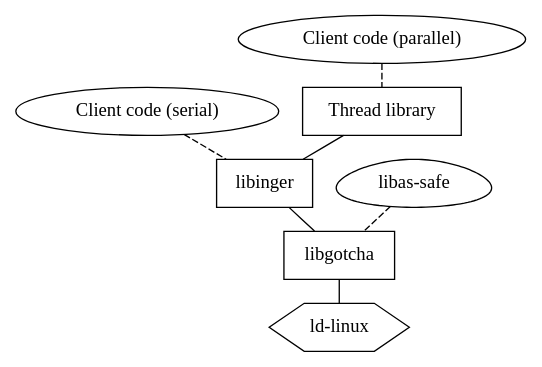
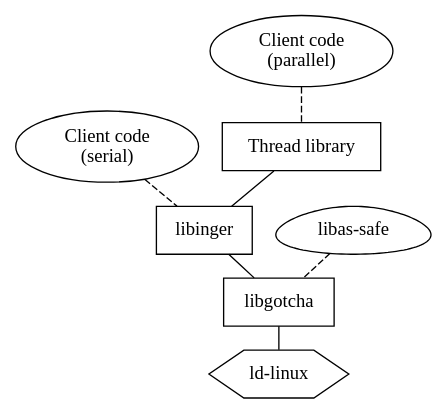
Before and after one commit to solb/thesis: the diagram in figs/architecture.dot, drawn with Graphviz.

Commit message:
figs/architecture.dot: Horizontally compress client code nodes

```diff
--- a/figs/architecture.dot
+++ b/figs/architecture.dot
@@ -1,33 +1,33 @@
 strict graph {
 	ranksep=0.25;
 
 	{
 		node [shape=oval];
 
-		serialclient [label="Client code (serial)"];
-		parallelclient [label="Client code (parallel)"];
+		serialclient [label="Client code\n(serial)"];
+		parallelclient [label="Client code\n(parallel)"];
 	}
 
 	{
 		node [shape=box];
 
 		threadlib [label="Thread library"];
 		libinger;
 		libgotcha;
 	}
 
 	libassafe [shape=egg,label="libas-safe"];
 	rtld [shape=hexagon,label="ld-linux"];
 
 	threadlib -- libinger;
 	libinger -- libgotcha;
 	libgotcha -- rtld;
 
 	{
 		edge [style=dashed];
 
 		serialclient -- libinger;
 		parallelclient -- threadlib;
 		libassafe -- libgotcha;
 	}
 }
```
